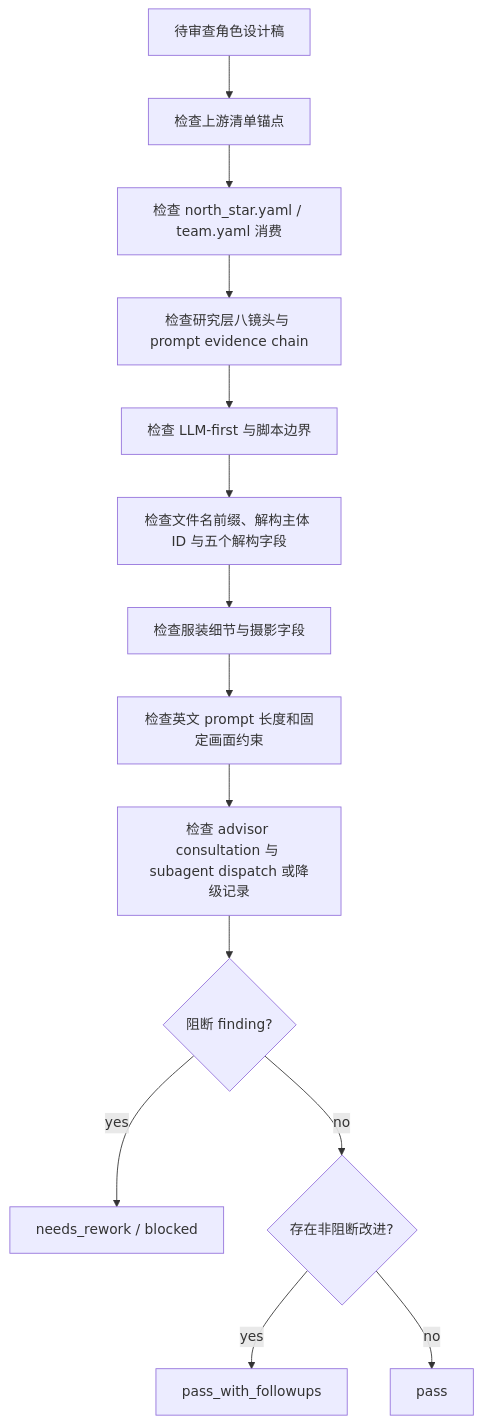
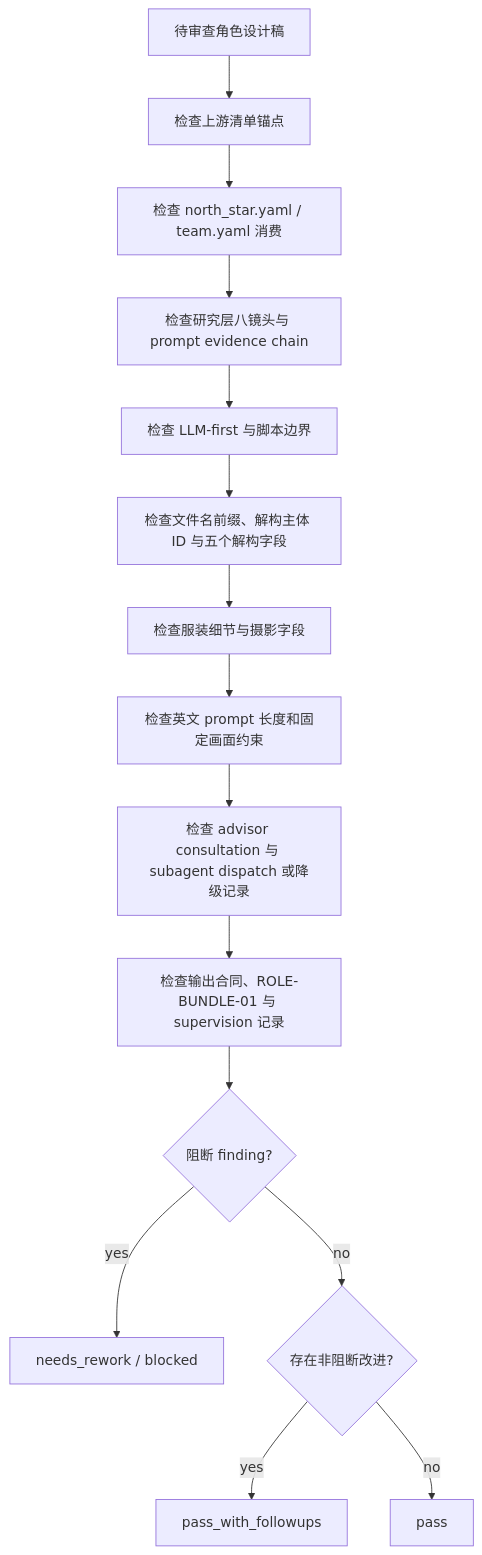
The diagram in .agents/skills/aigc/5-设计/角色/2-设计/review/review-contract.md (ZEN-VOID/AI-CUT), drawn with Mermaid before and after one commit. The commit also changed other lines of this file and 122 other files, not shown here.

````diff
--- a/.agents/skills/aigc/5-设计/角色/2-设计/review/review-contract.md
+++ b/.agents/skills/aigc/5-设计/角色/2-设计/review/review-contract.md
@@ -69,16 +72,17 @@
 ```mermaid
 flowchart TD
     A["待审查角色设计稿"] --> B["检查上游清单锚点"]
     B --> C["检查 north_star.yaml / team.yaml 消费"]
     C --> R["检查研究层八镜头与 prompt evidence chain"]
     R --> D["检查 LLM-first 与脚本边界"]
     D --> E["检查文件名前缀、解构主体 ID 与五个解构字段"]
     E --> F["检查服装细节与摄影字段"]
     F --> G["检查英文 prompt 长度和固定画面约束"]
     G --> H["检查 advisor consultation 与 subagent dispatch 或降级记录"]
-    H --> I{"阻断 finding?"}
+    H --> H1["检查输出合同、ROLE-BUNDLE-01 与 supervision 记录"]
+    H1 --> I{"阻断 finding?"}
     I -->|"yes"| J["needs_rework / blocked"]
     I -->|"no"| K{"存在非阻断改进?"}
     K -->|"yes"| L["pass_with_followups"]
     K -->|"no"| M["pass"]
 ```
````
